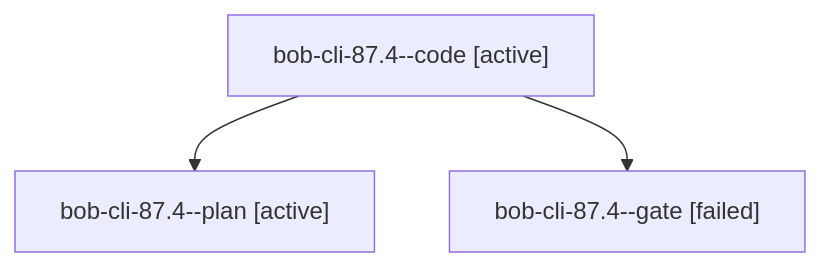
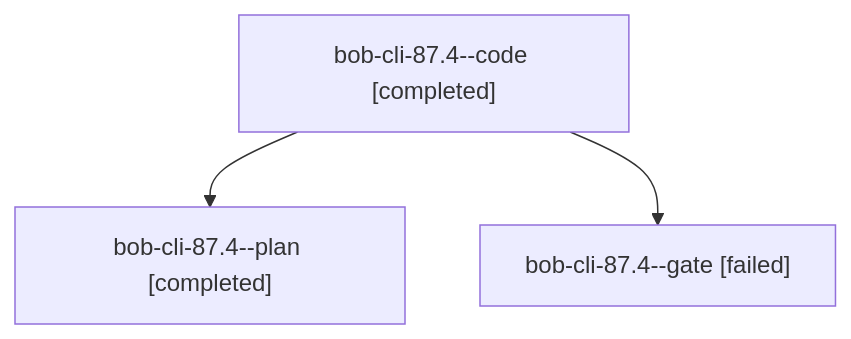
One commit to bobs-org/bob-cli--agents changed the diagram in sessions/bbugyi200.athena.bob-cli-87.4.md. Above: the diagram before and after it, drawn with Mermaid. The commit also changed other lines of this file and 41 other files, not shown here.

````diff
--- a/sessions/bbugyi200.athena.bob-cli-87.4.md
+++ b/sessions/bbugyi200.athena.bob-cli-87.4.md
@@ -9,8 +9,8 @@
 ```mermaid
 flowchart TD
-  n0["bob-cli-87.4--code [active]"]
-  n1["bob-cli-87.4--plan [active]"]
+  n0["bob-cli-87.4--code [completed]"]
+  n1["bob-cli-87.4--plan [completed]"]
   n0 --> n1
   n2["bob-cli-87.4--gate [failed]"]
   n0 --> n2
 ```
````
